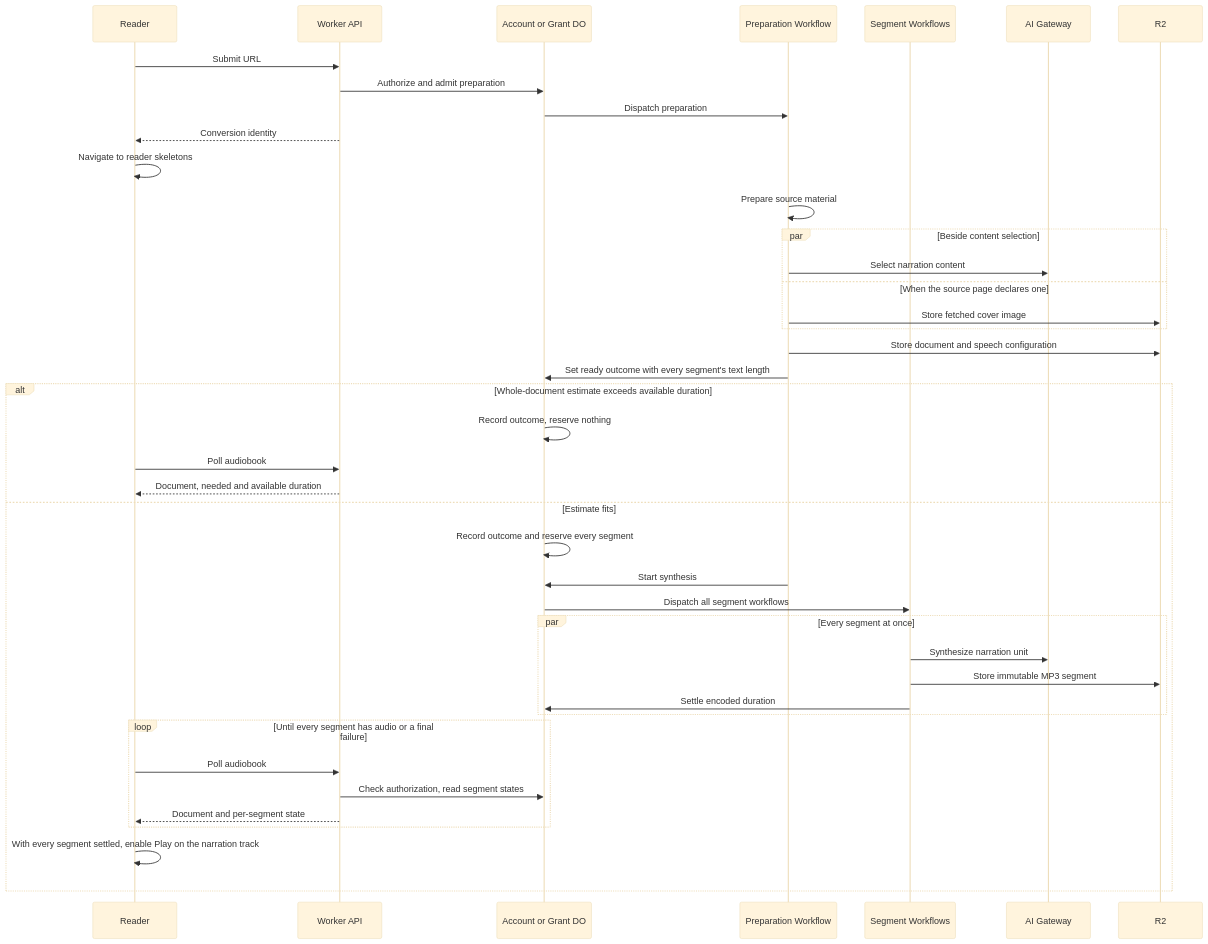
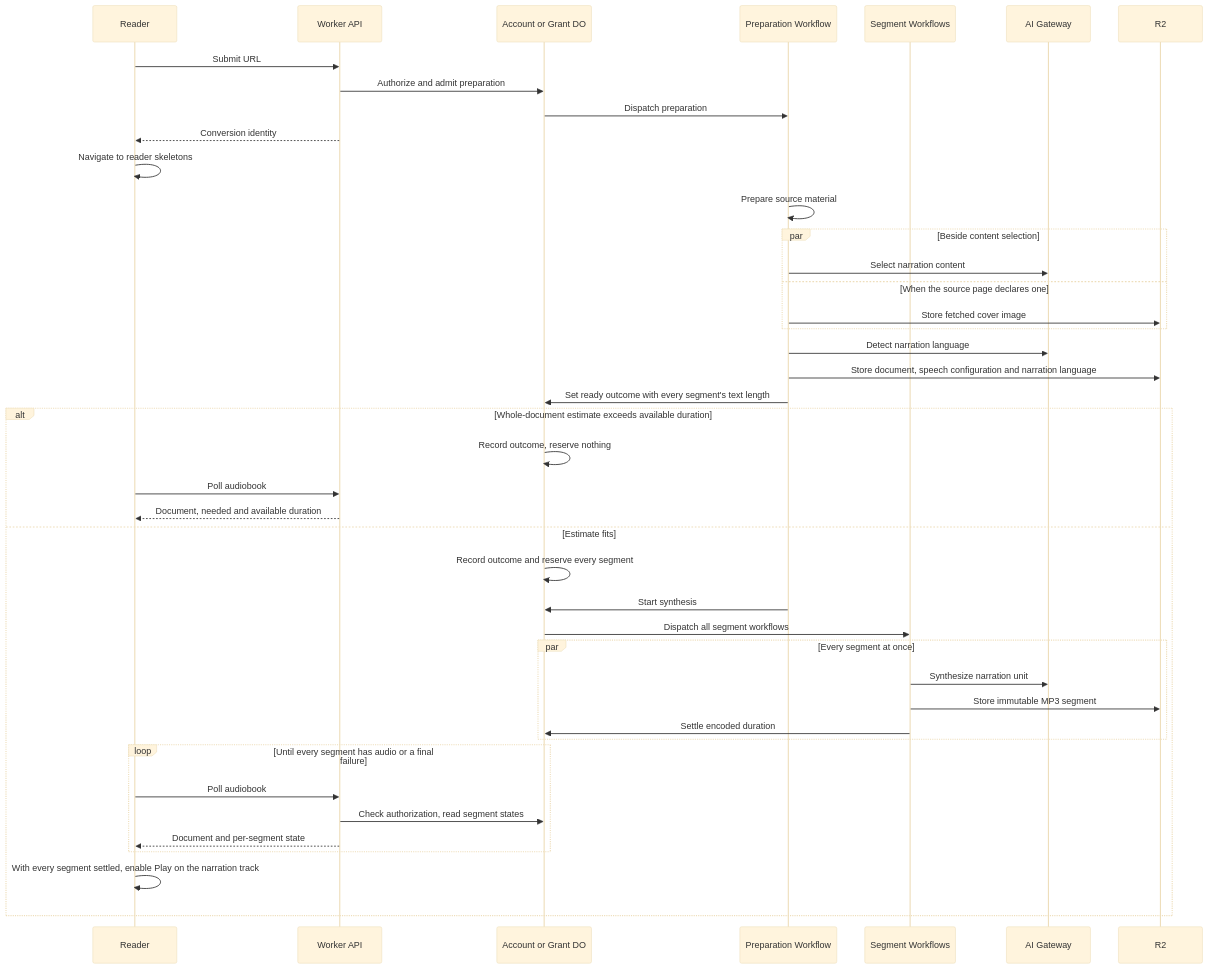
The diagram in docs/architecture/conversion.md (patricktree/cup), drawn with Mermaid (base theme) before and after one commit. The commit also changed other lines of this file and 149 other files, not shown here.

First line of the commit message:
feat: read each audiobook in its narration language (#220)

````diff
--- a/docs/architecture/conversion.md
+++ b/docs/architecture/conversion.md
@@ -9,43 +9,44 @@
 ```mermaid
 sequenceDiagram
     participant Client as Reader
     participant API as Worker API
     participant Owner as Account or Grant DO
     participant Preparation as Preparation Workflow
     participant Segment as Segment Workflows
     participant AI as AI Gateway
     participant R2
     Client->>API: Submit URL
     API->>Owner: Authorize and admit preparation
     Owner->>Preparation: Dispatch preparation
     API-->>Client: Conversion identity
     Client->>Client: Navigate to reader skeletons
     Preparation->>Preparation: Prepare source material
     par Beside content selection
         Preparation->>AI: Select narration content
     and When the source page declares one
         Preparation->>R2: Store fetched cover image
     end
-    Preparation->>R2: Store document and speech configuration
+    Preparation->>AI: Detect narration language
+    Preparation->>R2: Store document, speech configuration and narration language
     Preparation->>Owner: Set ready outcome with every segment's text length
     alt Whole-document estimate exceeds available duration
         Owner->>Owner: Record outcome, reserve nothing
         Client->>API: Poll audiobook
         API-->>Client: Document, needed and available duration
     else Estimate fits
         Owner->>Owner: Record outcome and reserve every segment
         Preparation->>Owner: Start synthesis
         Owner->>Segment: Dispatch all segment workflows
         par Every segment at once
             Segment->>AI: Synthesize narration unit
             Segment->>R2: Store immutable MP3 segment
             Segment->>Owner: Settle encoded duration
         end
         loop Until every segment has audio or a final failure
             Client->>API: Poll audiobook
             API->>Owner: Check authorization, read segment states
             API-->>Client: Document and per-segment state
         end
         Client->>Client: With every segment settled, enable Play on the narration track
     end
 ```
````
